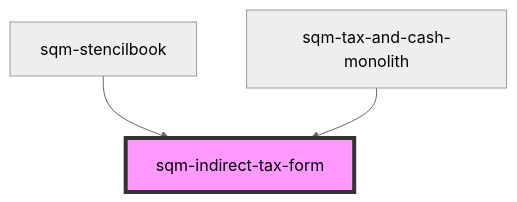
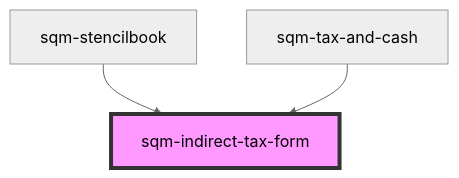
The diagram in packages/mint-components/src/components/tax-and-cash/sqm-indirect-tax-form/readme.md (saasquatch/program-tools), drawn with Mermaid (neutral theme) before and after one commit. The commit also changed other lines of this file and 21 other files, not shown here.

````diff
--- a/packages/mint-components/src/components/tax-and-cash/sqm-indirect-tax-form/readme.md
+++ b/packages/mint-components/src/components/tax-and-cash/sqm-indirect-tax-form/readme.md
@@ -46,6 +50,6 @@
 ```mermaid
 graph TD;
   sqm-stencilbook --> sqm-indirect-tax-form
-  sqm-tax-and-cash-monolith --> sqm-indirect-tax-form
+  sqm-tax-and-cash --> sqm-indirect-tax-form
   style sqm-indirect-tax-form fill:#f9f,stroke:#333,stroke-width:4px
 ```
````
